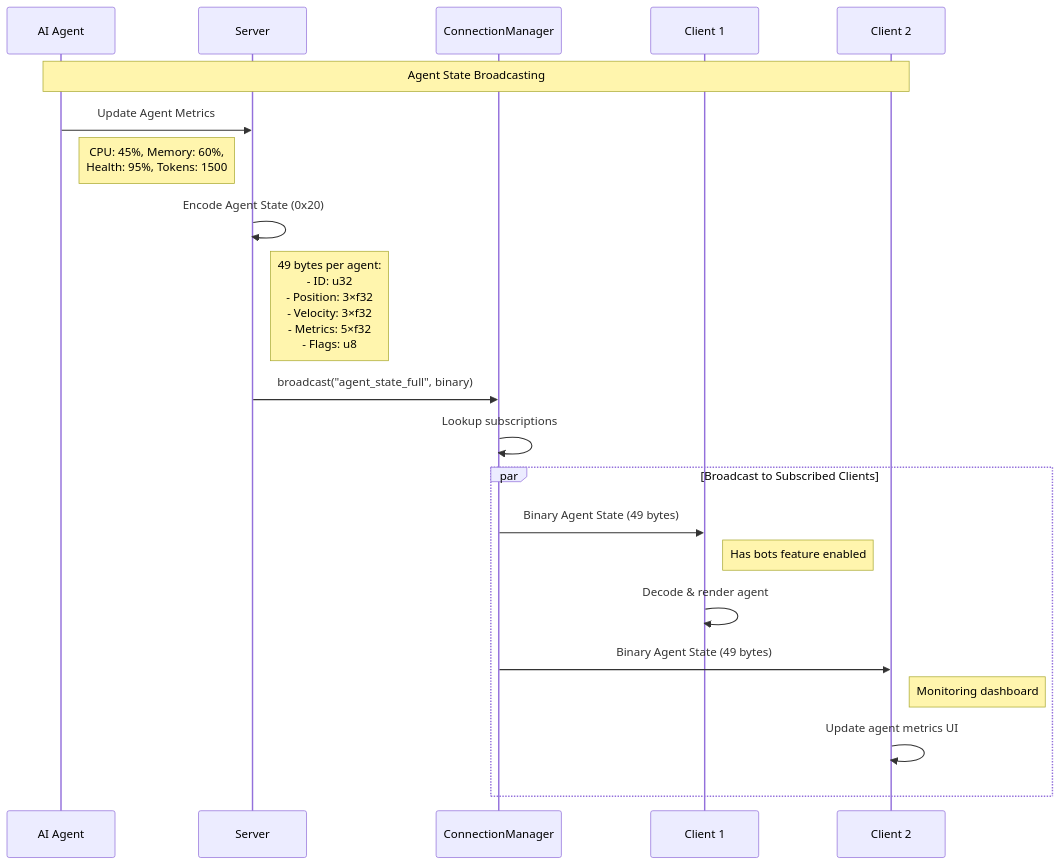
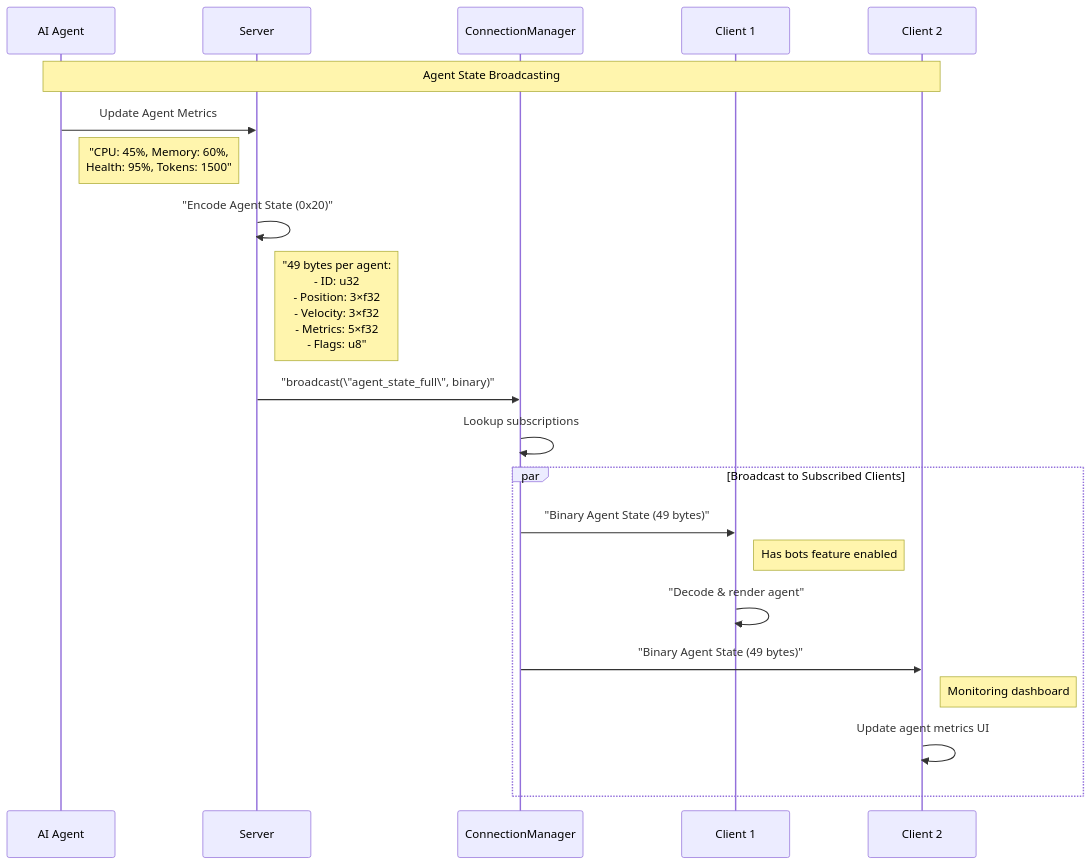
Before and after one commit to DreamLab-AI/VisionFlow: diagram 15 of 19 in docs/diagrams/infrastructure/websocket/binary-protocol-complete.md, drawn with Mermaid. The commit also changed other lines of this file and 39 other files, not shown here.

````diff
--- a/docs/diagrams/infrastructure/websocket/binary-protocol-complete.md
+++ b/docs/diagrams/infrastructure/websocket/binary-protocol-complete.md
@@ -1027,30 +1027,30 @@
 ```mermaid
 sequenceDiagram
     participant A as AI Agent
     participant S as Server
     participant CM as ConnectionManager
     participant C1 as Client 1
     participant C2 as Client 2
 
     Note over A,C2: Agent State Broadcasting
 
     A->>S: Update Agent Metrics
-    Note right of A: CPU: 45%, Memory: 60%,<br/>Health: 95%, Tokens: 1500
+    Note right of A: "CPU: 45%, Memory: 60%,<br/>Health: 95%, Tokens: 1500"
 
-    S->>S: Encode Agent State (0x20)
-    Note right of S: 49 bytes per agent:<br/>- ID: u32<br/>- Position: 3×f32<br/>- Velocity: 3×f32<br/>- Metrics: 5×f32<br/>- Flags: u8
+    S->>S: "Encode Agent State (0x20)"
+    Note right of S: "49 bytes per agent:<br/>- ID: u32<br/>- Position: 3×f32<br/>- Velocity: 3×f32<br/>- Metrics: 5×f32<br/>- Flags: u8"
 
-    S->>CM: broadcast("agent_state_full", binary)
+    S->>CM: "broadcast(\"agent_state_full\", binary)"
 
     CM->>CM: Lookup subscriptions
 
     par Broadcast to Subscribed Clients
-        CM->>C1: Binary Agent State (49 bytes)
+        CM->>C1: "Binary Agent State (49 bytes)"
         Note right of C1: Has bots feature enabled
-        C1->>C1: Decode & render agent
+        C1->>C1: "Decode & render agent"
 
-        CM->>C2: Binary Agent State (49 bytes)
+        CM->>C2: "Binary Agent State (49 bytes)"
         Note right of C2: Monitoring dashboard
         C2->>C2: Update agent metrics UI
     end
 ```
````
